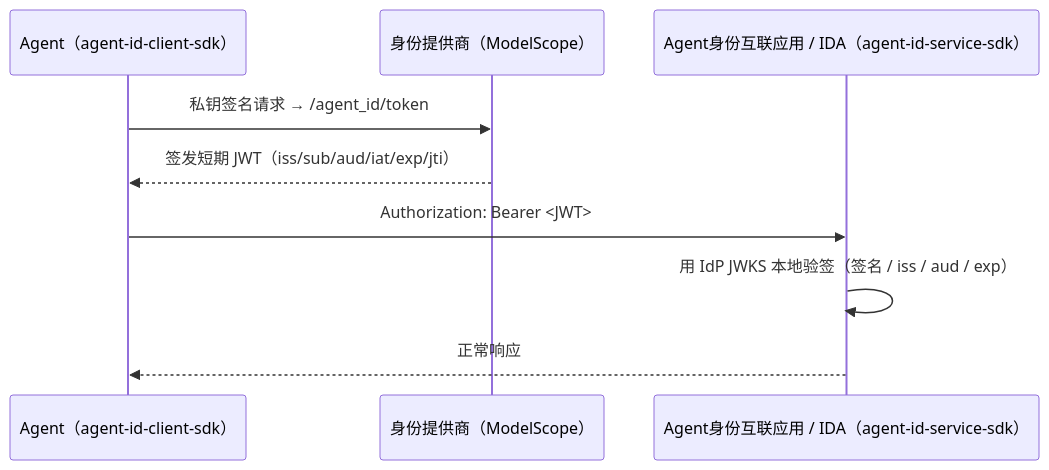
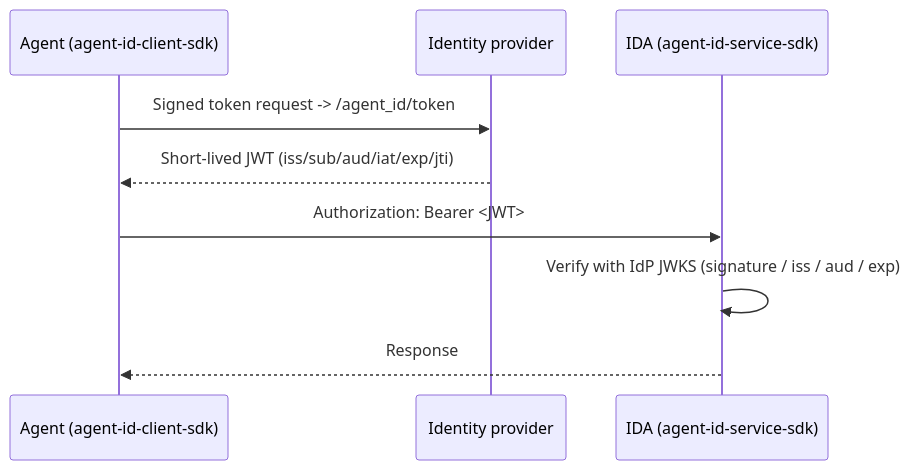
The second of 2 diagrams in README.md (agentscope-ai/agent-identity), drawn with Mermaid before and after one commit. The commit also changed other lines of this file and 39 other files, not shown here.

````diff
--- a/README.md
+++ b/README.md
@@ -37,11 +52,11 @@
 ```mermaid
 sequenceDiagram
-    participant Agent as Agent（agent-id-client-sdk）
-    participant IdP as 身份提供商（ModelScope）
-    participant IDA as Agent身份互联应用 / IDA（agent-id-service-sdk）
-    Agent->>IdP: 私钥签名请求 → /agent_id/token
-    IdP-->>Agent: 签发短期 JWT（iss/sub/aud/iat/exp/jti）
+    participant Agent as Agent (agent-id-client-sdk)
+    participant IdP as Identity provider
+    participant IDA as IDA (agent-id-service-sdk)
+    Agent->>IdP: Signed token request -> /agent_id/token
+    IdP-->>Agent: Short-lived JWT (iss/sub/aud/iat/exp/jti)
     Agent->>IDA: Authorization: Bearer <JWT>
-    IDA->>IDA: 用 IdP JWKS 本地验签（签名 / iss / aud / exp）
-    IDA-->>Agent: 正常响应
+    IDA->>IDA: Verify with IdP JWKS (signature / iss / aud / exp)
+    IDA-->>Agent: Response
 ```
````
